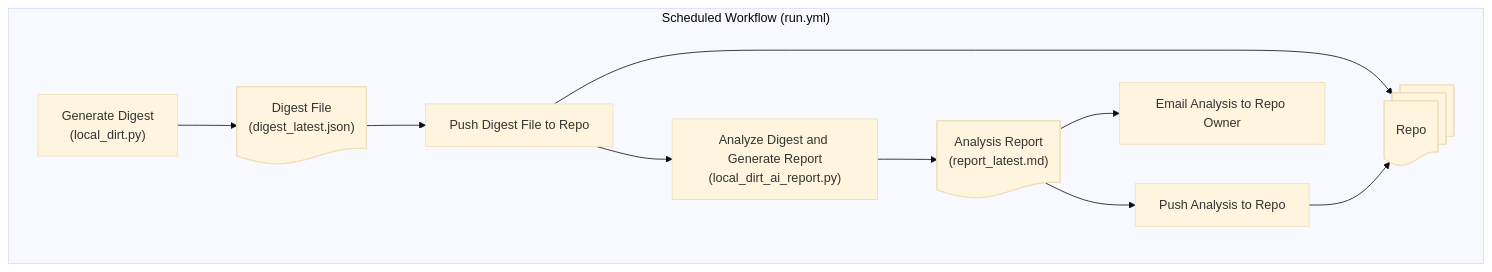
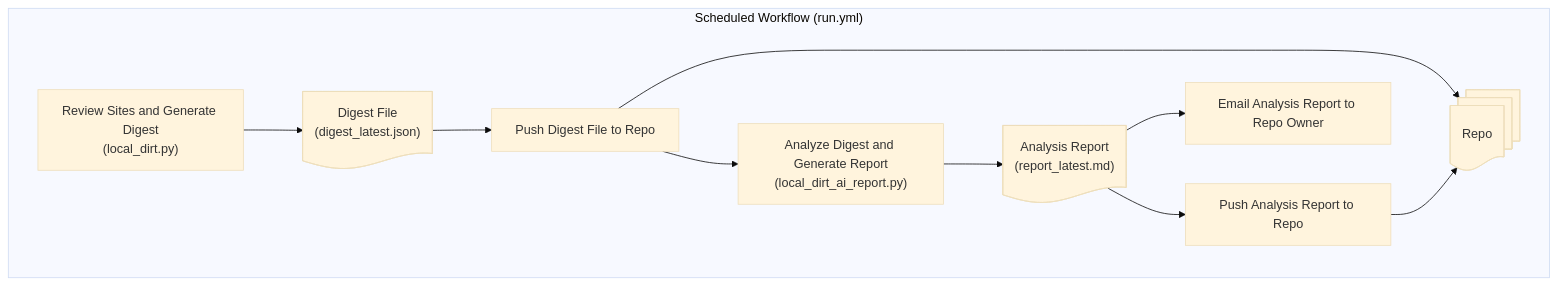
The diagram in README.md (hoosierjay/local-dirt), drawn with Mermaid (base theme) before and after one commit.

````diff
--- a/README.md
+++ b/README.md
@@ -28,21 +28,21 @@
 ```mermaid
 flowchart TD
   subgraph "Scheduled Workflow (run.yml)"
-    Step4.1@{ shape: rect, label: "Generate Digest<br>(local_dirt.py)" }
+    Step4.1@{ shape: rect, label: "Review Sites and Generate Digest<br>(local_dirt.py)" }
     Step4.2@{ shape: doc, label: "Digest File<br>(digest_latest.json)" }
     Step5.1@{ shape: rect, label: "Push Digest File to Repo" }
     Step6.1@{ shape: rect, label: "Analyze Digest and Generate Report<br>(local_dirt_ai_report.py)" }
     Step6.2@{ shape: doc, label: "Analysis Report<br>(report_latest.md)" }
-    Step7.1@{ shape: rect, label: "Push Analysis to Repo" }
-    Step8.1@{ shape: rect, label: "Email Analysis to Repo Owner" }
+    Step7.1@{ shape: rect, label: "Push Analysis Report to Repo" }
+    Step8.1@{ shape: rect, label: "Email Analysis Report to Repo Owner" }
     Step9.0@{ shape: docs, label: "Repo" }
   end
   Step4.1 --> Step4.2
   Step4.2 --> Step5.1
   Step5.1 --> Step6.1
   Step6.1 --> Step6.2
   Step6.2 --> Step7.1
   Step6.2 --> Step8.1
   Step5.1 --> Step9.0
   Step7.1 --> Step9.0
 ```
````
